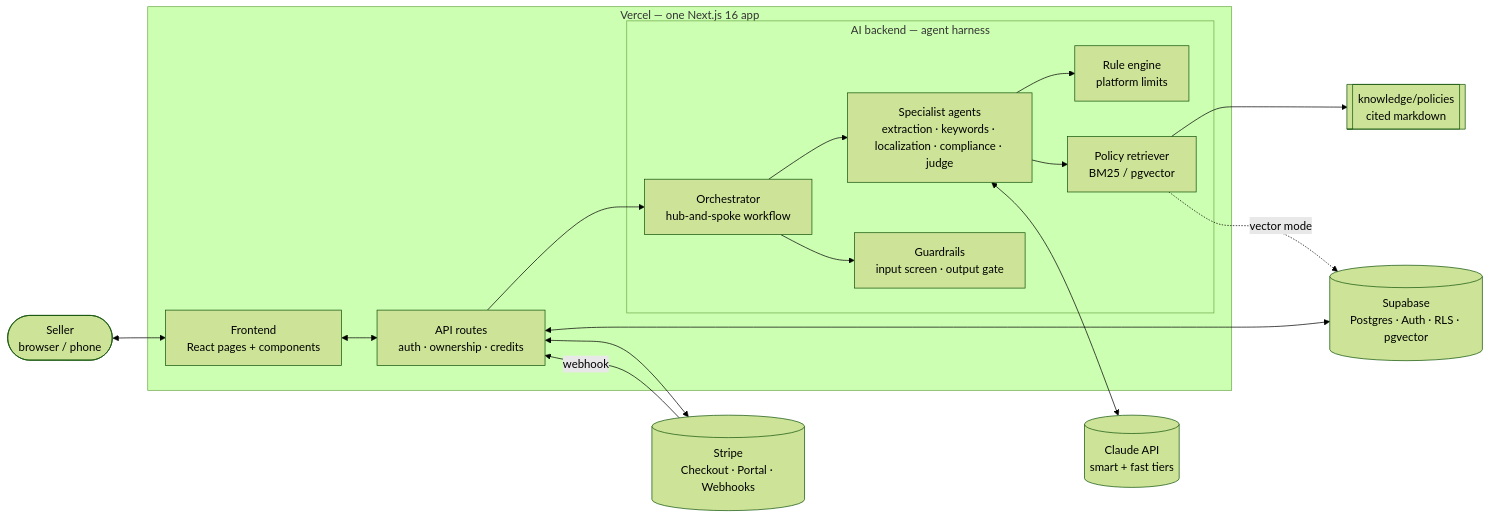
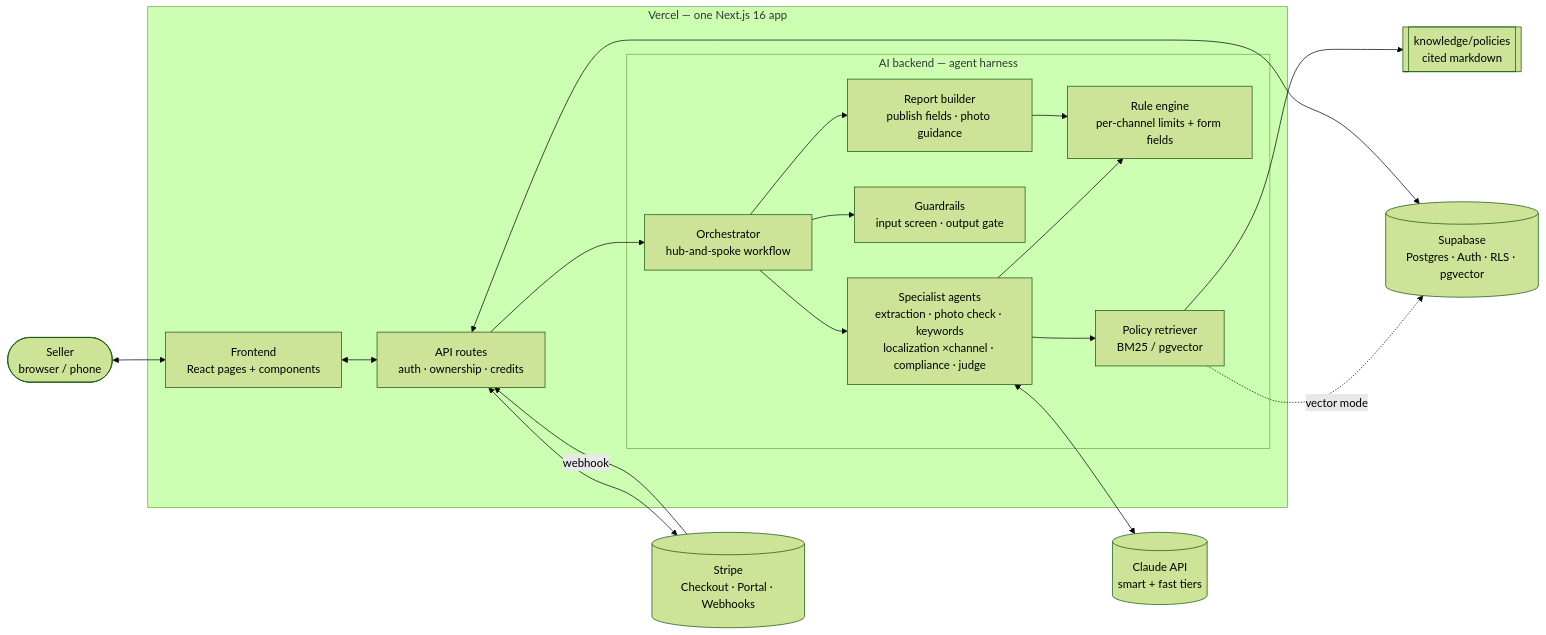
One commit to heruis/ecommerce-agent changed the first of 3 diagrams in docs/ARCHITECTURE.md. Above: the diagram before and after it, drawn with Mermaid (forest theme). The commit also changed other lines of this file and 17 other files, not shown here.

````diff
--- a/docs/ARCHITECTURE.md
+++ b/docs/ARCHITECTURE.md
@@ -7,33 +7,35 @@
 ```mermaid
 flowchart LR
   user([Seller<br/>browser / phone])
 
   subgraph vercel[Vercel — one Next.js 16 app]
     ui[Frontend<br/>React pages + components]
     api[API routes<br/>auth · ownership · credits]
     subgraph ai[AI backend — agent harness]
       orch[Orchestrator<br/>hub-and-spoke workflow]
-      agents[Specialist agents<br/>extraction · keywords · localization · compliance · judge]
+      agents[Specialist agents<br/>extraction · photo check · keywords<br/>localization ×channel · compliance · judge]
       guard[Guardrails<br/>input screen · output gate]
-      rules[Rule engine<br/>platform limits]
+      rules[Rule engine<br/>per-channel limits + form fields]
+      report[Report builder<br/>publish fields · photo guidance]
       rag[Policy retriever<br/>BM25 / pgvector]
     end
   end
 
   claude[(Claude API<br/>smart + fast tiers)]
   supa[(Supabase<br/>Postgres · Auth · RLS · pgvector)]
   stripe[(Stripe<br/>Checkout · Portal · Webhooks)]
   kb[[knowledge/policies<br/>cited markdown]]
 
   user <--> ui
   ui <--> api
   api --> orch
-  orch --> guard & agents
+  orch --> guard & agents & report
   agents --> rules & rag
+  report --> rules
   agents <--> claude
   rag --> kb
   rag -. vector mode .-> supa
   api <--> supa
   api <--> stripe
   stripe -- webhook --> api
 ```
````
